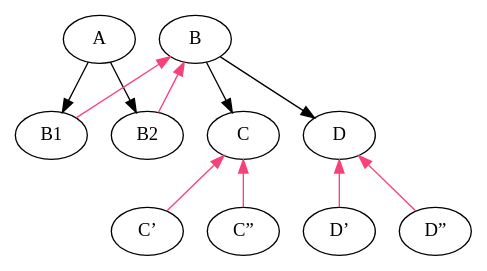
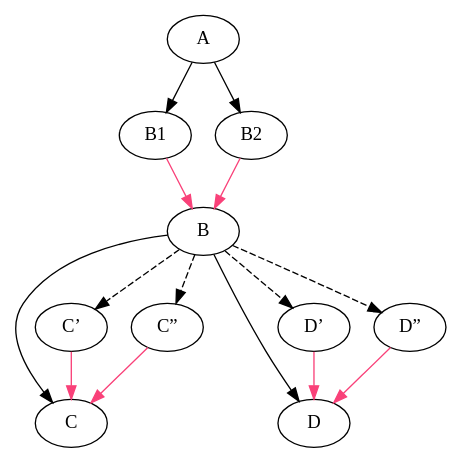
The diagram in spec/fig/view-stack-3.gv (bendr/bender), drawn with Graphviz before and after one commit. The commit also changed 9 other files, not shown here.

```diff
--- a/spec/fig/view-stack-3.gv
+++ b/spec/fig/view-stack-3.gv
@@ -1,23 +1,27 @@
 digraph tree {
   node [fontname="Avenir Next"];
   edge [fontname="Avenir Next"];
 
   A -> B1
   A -> B2
 
-  B -> B1 [color="#f94179", dir=back]
-  B -> B2 [color="#f94179", dir=back]
+  B1 -> B [color="#f94179"]
+  B2 -> B [color="#f94179"]
   B -> C
   B -> D
 
   C_ [label="C’"]
-  C -> C_ [color="#f94179", dir=back]
+  C_ -> C [color="#f94179"]
   C__ [label="C”"]
-  C -> C__ [color="#f94179", dir=back]
+  C__ -> C [color="#f94179"]
+  B -> C_ [style=dashed]
+  B -> C__ [style=dashed]
 
   D_ [label="D’"]
-  D -> D_ [color="#f94179", dir=back]
+  D_ -> D [color="#f94179"]
   D__ [label="D”"]
-  D -> D__ [color="#f94179", dir=back]
+  D__ -> D [color="#f94179"]
+  B -> D_ [style=dashed]
+  B -> D__ [style=dashed]
 
 }
```
